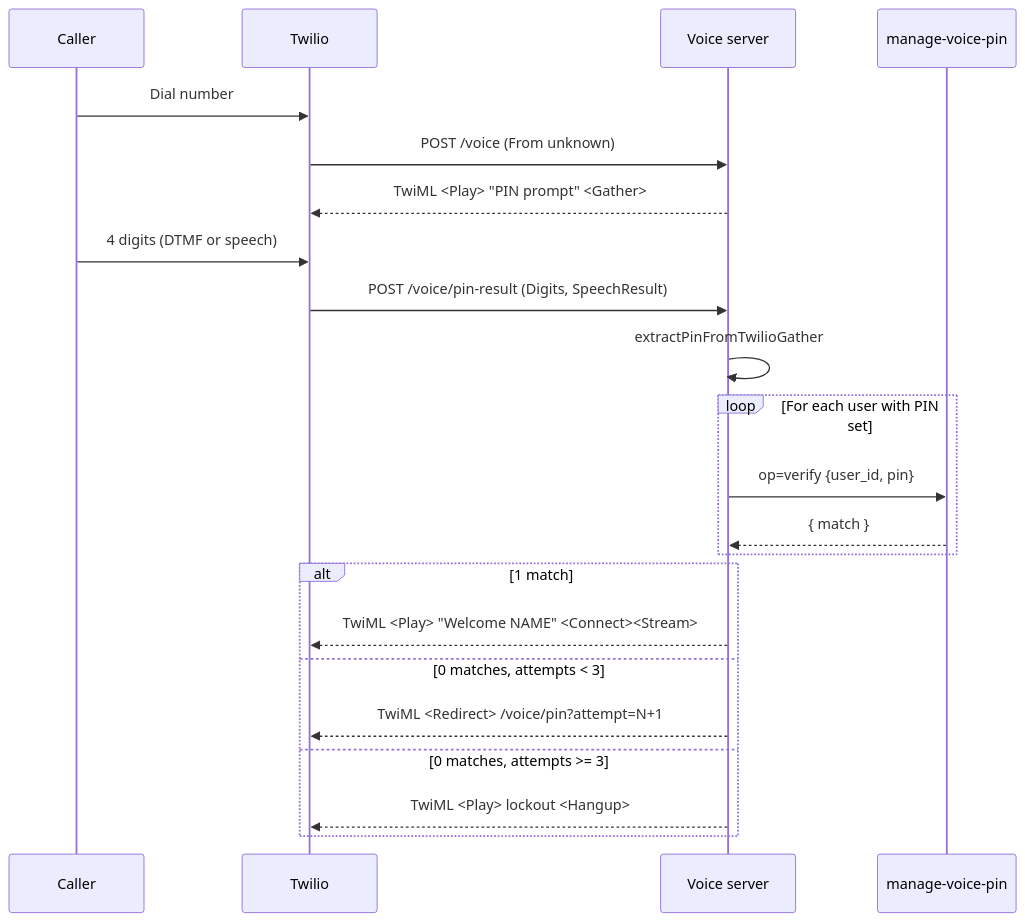
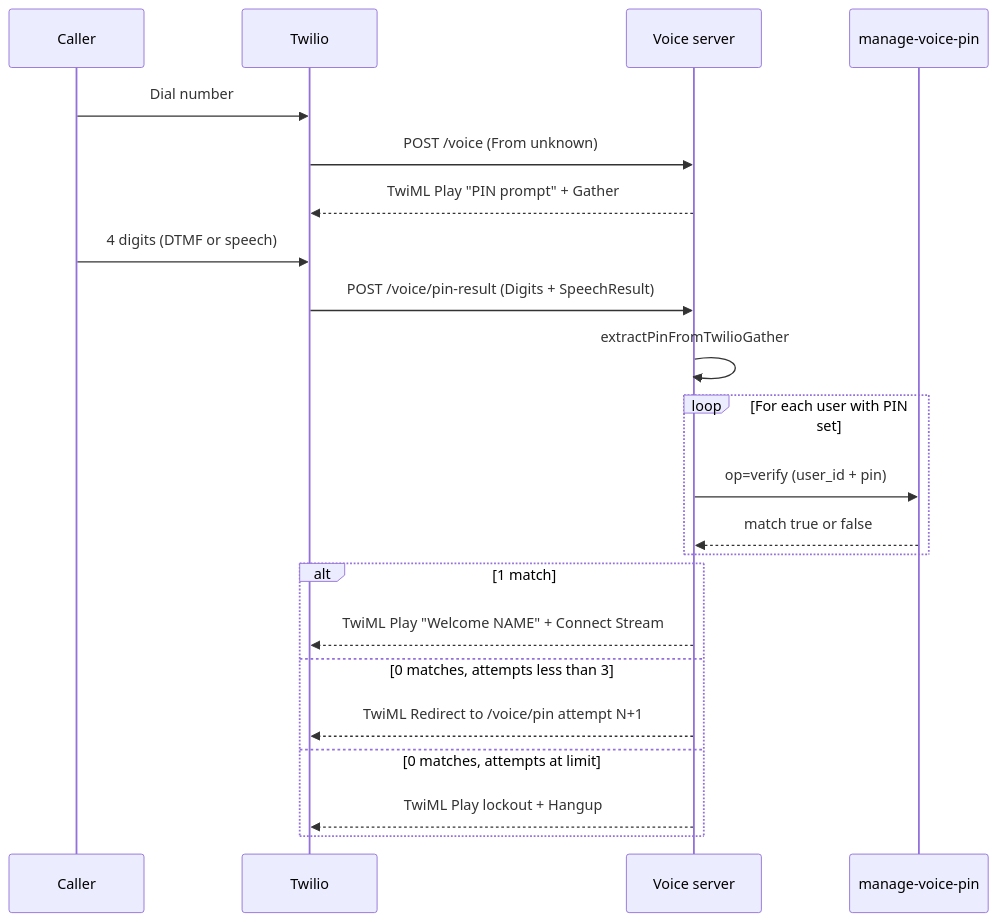
Before and after one commit to munk2207/naavi-app: the fifth of 10 diagrams in docs/ARCHITECTURE_2026-05-13.md, drawn with Mermaid. The commit also changed other lines of this file and 1 other file, not shown here.

````diff
--- a/docs/ARCHITECTURE_2026-05-13.md
+++ b/docs/ARCHITECTURE_2026-05-13.md
@@ -524,25 +524,25 @@
 ```mermaid
 sequenceDiagram
   participant C as Caller
   participant T as Twilio
   participant V as Voice server
   participant MP as manage-voice-pin
 
   C->>T: Dial number
   T->>V: POST /voice (From unknown)
-  V-->>T: TwiML <Play> "PIN prompt" <Gather>
+  V-->>T: TwiML Play "PIN prompt" + Gather
   C->>T: 4 digits (DTMF or speech)
-  T->>V: POST /voice/pin-result (Digits, SpeechResult)
+  T->>V: POST /voice/pin-result (Digits + SpeechResult)
   V->>V: extractPinFromTwilioGather
   loop For each user with PIN set
-    V->>MP: op=verify {user_id, pin}
-    MP-->>V: { match }
+    V->>MP: op=verify (user_id + pin)
+    MP-->>V: match true or false
   end
   alt 1 match
-    V-->>T: TwiML <Play> "Welcome NAME" <Connect><Stream>
-  else 0 matches, attempts < 3
-    V-->>T: TwiML <Redirect> /voice/pin?attempt=N+1
-  else 0 matches, attempts >= 3
-    V-->>T: TwiML <Play> lockout <Hangup>
+    V-->>T: TwiML Play "Welcome NAME" + Connect Stream
+  else 0 matches, attempts less than 3
+    V-->>T: TwiML Redirect to /voice/pin attempt N+1
+  else 0 matches, attempts at limit
+    V-->>T: TwiML Play lockout + Hangup
   end
 ```
````
